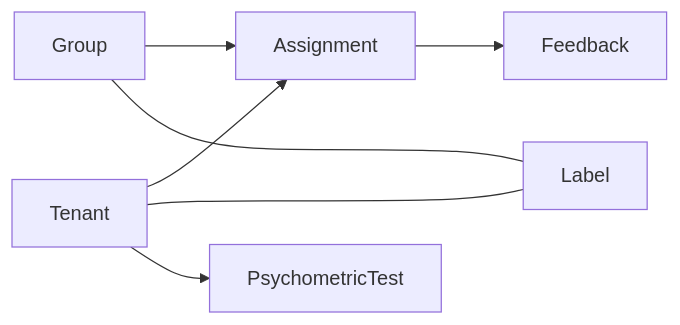
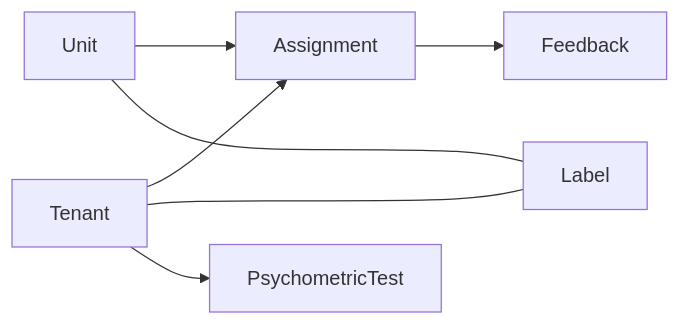
One commit to coly-technologies/coly-technologies.github.io changed the first of 3 diagrams in coly-api.md. Above: the diagram before and after it, drawn with Mermaid. The commit also changed other lines of this file, not shown here.

Commit message:
group -> unit

````diff
--- a/coly-api.md
+++ b/coly-api.md
@@ -77,6 +77,6 @@
 ```mermaid
 graph LR;
-  Group & Tenant --> Assignment --> Feedback
-  Group & Tenant <--- Label
+  Unit & Tenant --> Assignment --> Feedback
+  Unit & Tenant <--- Label
   Tenant --> PsychometricTest
 ```
````
